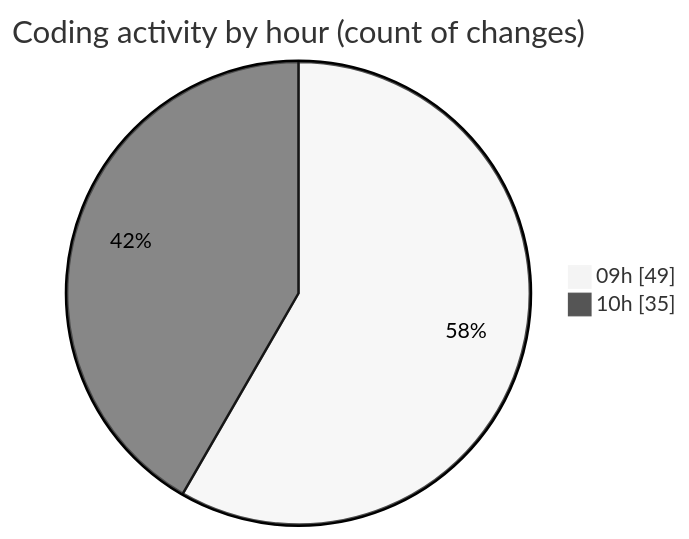
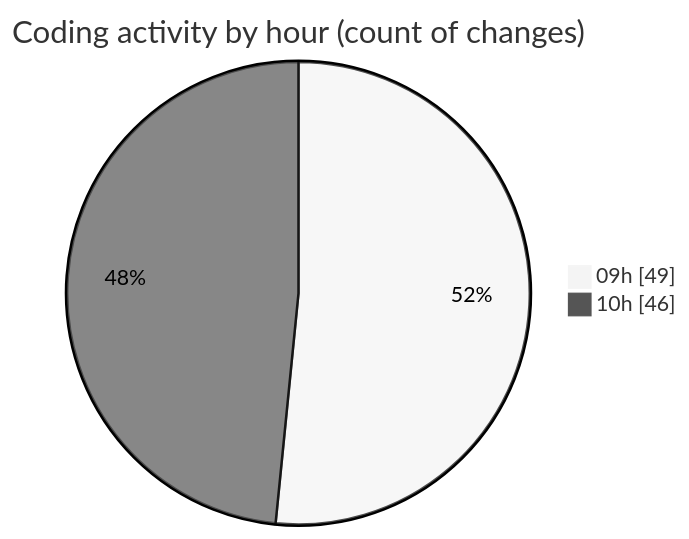
One commit to momahboobian/code-tracking changed the second of 2 diagrams in 2026-08-10/cda/README.md. Above: the diagram before and after it, drawn with Mermaid (neutral theme). The commit also changed other lines of this file and 1 other file, not shown here.

````diff
--- a/2026-08-10/cda/README.md
+++ b/2026-08-10/cda/README.md
@@ -33,6 +39,6 @@
 ```mermaid
 pie showData
 title Coding activity by hour (count of changes)
 "09h" : 49
-"10h" : 35
+"10h" : 46
 ```
````
